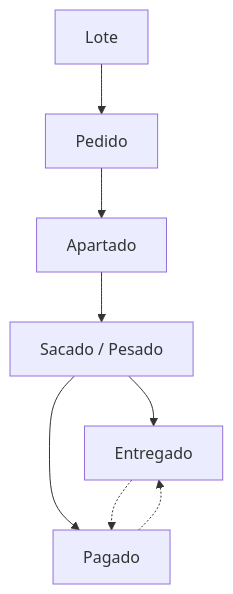
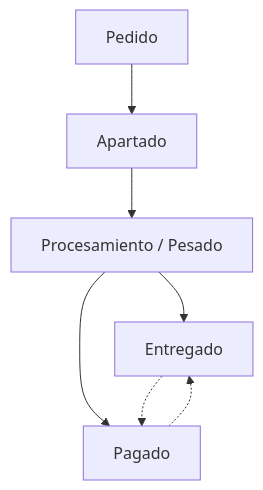
Before and after one commit to BehLik/Arrax: the second of 2 diagrams in README.md, drawn with Mermaid. The commit also changed other lines of this file, not shown here.

````diff
--- a/README.md
+++ b/README.md
@@ -290,10 +524,9 @@
 ```mermaid
 flowchart TD
-    L["Lote"] --> P["Pedido"]
-    P --> A["Apartado"]
-    A --> S["Sacado / Pesado"]
-    S --> ENT["Entregado"]
-    S --> PAG["Pagado"]
-    ENT -.-> PAG
-    PAG -.-> ENT
+    P["Pedido"] --> A["Apartado"]
+    A --> S["Procesamiento / Pesado"]
+    S --> E["Entregado"]
+    S --> G["Pagado"]
+    E -.-> G
+    G -.-> E
 ```
````
